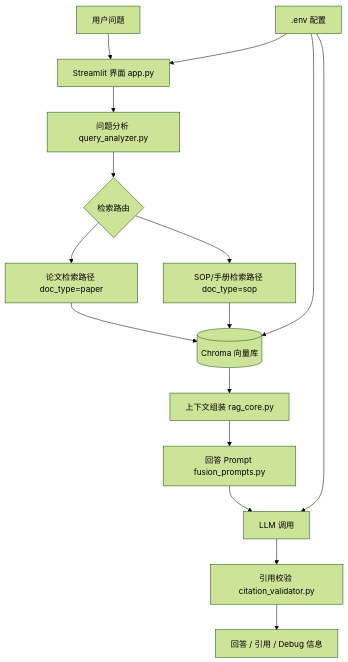
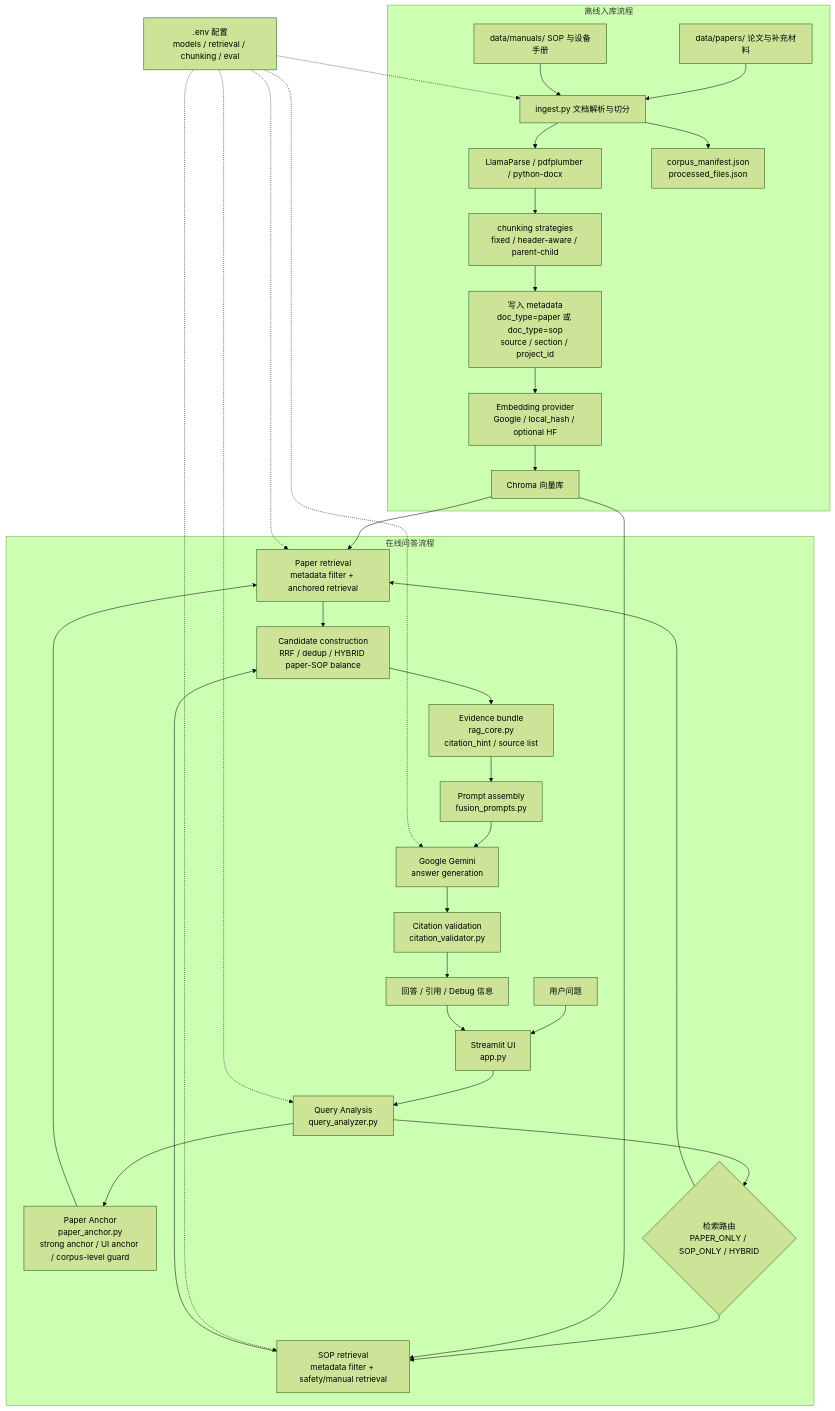
Before and after one commit to xli561980-ship-it/RMN_Agent: the first of 2 diagrams in README.md, drawn with Mermaid (forest theme). The commit also changed other lines of this file and 2 other files, not shown here.

First line of the commit message:
Rewrite architecture diagrams for ingest, anchor, and eval loop.

````diff
--- a/README.md
+++ b/README.md
@@ -113,18 +117,39 @@
 ```mermaid
 flowchart TD
-    User[用户问题] --> UI[Streamlit 界面 app.py]
-    UI --> Analyzer[问题分析 query_analyzer.py]
-    Analyzer --> Router{检索路由}
-    Router --> Paper[论文检索路径 doc_type=paper]
-    Router --> SOP[SOP/手册检索路径 doc_type=sop]
-    Paper --> Chroma[(Chroma 向量库)]
-    SOP --> Chroma
-    Chroma --> Context[上下文组装 rag_core.py]
-    Context --> Prompt[回答 Prompt fusion_prompts.py]
-    Prompt --> LLM[LLM 调用]
-    LLM --> Validator[引用校验 citation_validator.py]
-    Validator --> Output[回答 / 引用 / Debug 信息]
-    Config[.env 配置] --> UI
-    Config --> Chroma
-    Config --> LLM
+    subgraph Ingest["离线入库流程"]
+        DataPapers["data/papers/ 论文与补充材料"] --> IngestPy["ingest.py 文档解析与切分"]
+        DataManuals["data/manuals/ SOP 与设备手册"] --> IngestPy
+        IngestPy --> Parser["LlamaParse / pdfplumber / python-docx"]
+        Parser --> Chunking["chunking strategies<br/>fixed / header-aware / parent-child"]
+        Chunking --> Metadata["写入 metadata<br/>doc_type=paper 或 doc_type=sop<br/>source / section / project_id"]
+        Metadata --> Embedding["Embedding provider<br/>Google / local_hash / optional HF"]
+        Embedding --> Chroma["Chroma 向量库"]
+        IngestPy --> Manifest["corpus_manifest.json<br/>processed_files.json"]
+    end
+
+    subgraph Runtime["在线问答流程"]
+        User["用户问题"] --> UI["Streamlit UI<br/>app.py"]
+        UI --> Analyzer["Query Analysis<br/>query_analyzer.py"]
+        Analyzer --> Anchor["Paper Anchor<br/>paper_anchor.py<br/>strong anchor / UI anchor / corpus-level guard"]
+        Analyzer --> Route{"检索路由<br/>PAPER_ONLY / SOP_ONLY / HYBRID"}
+        Route --> PaperPath["Paper retrieval<br/>metadata filter + anchored retrieval"]
+        Route --> SOPPath["SOP retrieval<br/>metadata filter + safety/manual retrieval"]
+        Anchor --> PaperPath
+        Chroma --> PaperPath
+        Chroma --> SOPPath
+        PaperPath --> CandidateMerge["Candidate construction<br/>RRF / dedup / HYBRID paper-SOP balance"]
+        SOPPath --> CandidateMerge
+        CandidateMerge --> Context["Evidence bundle<br/>rag_core.py<br/>citation_hint / source list"]
+        Context --> Prompt["Prompt assembly<br/>fusion_prompts.py"]
+        Prompt --> LLM["Google Gemini<br/>answer generation"]
+        LLM --> Validator["Citation validation<br/>citation_validator.py"]
+        Validator --> Output["回答 / 引用 / Debug 信息"]
+        Output --> UI
+    end
+
+    Config[".env 配置<br/>models / retrieval / chunking / eval"] -.-> IngestPy
+    Config -.-> Analyzer
+    Config -.-> PaperPath
+    Config -.-> SOPPath
+    Config -.-> LLM
 ```
````
